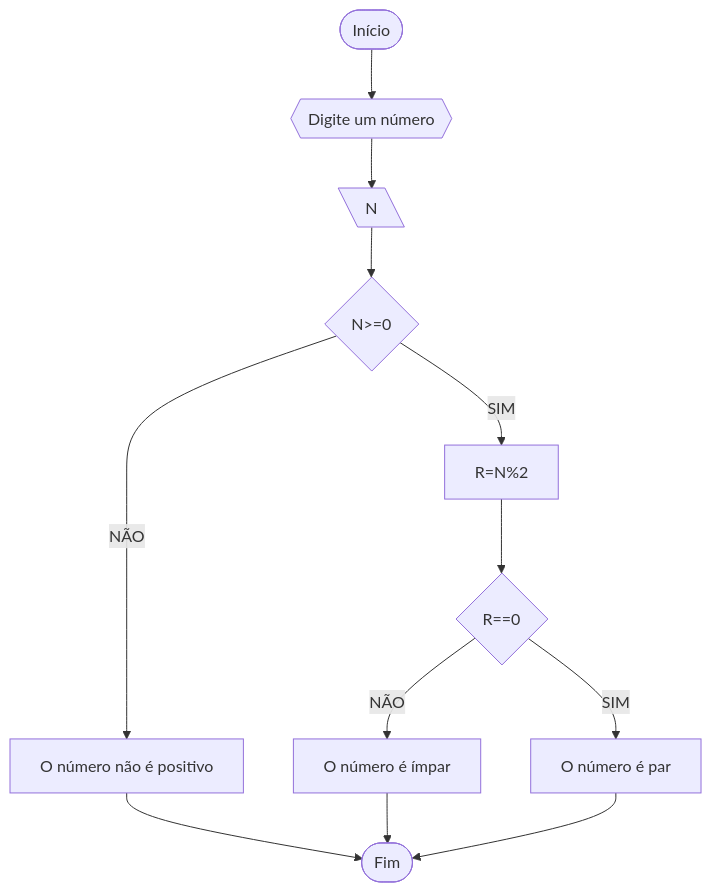
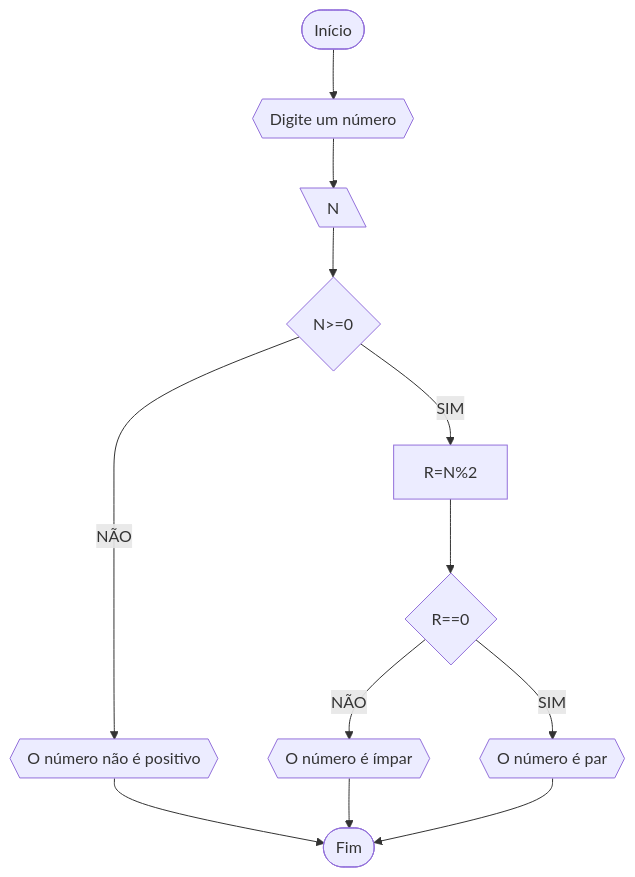
Before and after one commit to Loahine/Unifor_: the diagram in RLA/lista_exercícios1.md, drawn with Mermaid. The commit also changed other lines of this file, not shown here.

````diff
--- a/RLA/lista_exercícios1.md
+++ b/RLA/lista_exercícios1.md
@@ -7,14 +7,14 @@
 ```mermaid
 flowchart TD
-A([Início])-->B{{Digite um número}}
+A([Início])-->B{{"Digite um número"}}
 B-->C[\N\]
 C-->D{N>=0}
-D--NÃO-->E[O número não é positivo]
+D--NÃO-->E{{"O número não é positivo"}}
 E-->Z([Fim])
 D--SIM-->F[R=N%2]
 F-->G{R==0}
-G--NÃO-->H[O número é ímpar]
-G--SIM-->I[O número é par]
+G--NÃO-->H{{"O número é ímpar"}}
+G--SIM-->I{{"O número é par"}}
 H-->Z([Fim])
 I-->Z([Fim])
 ```
````
